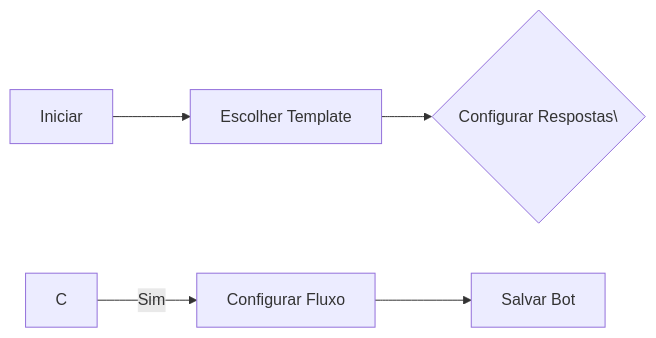
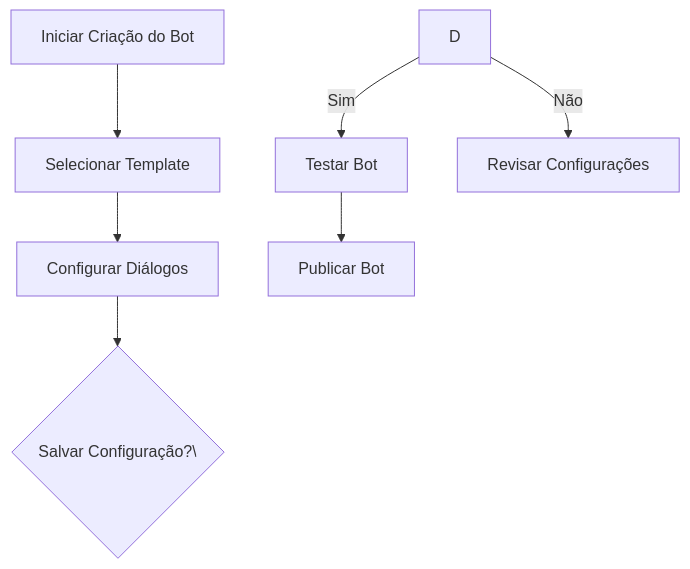
Before and after one commit to Octadesk-Tech/chat-bot-builder-client: the second of 5 diagrams in docs/doc_functional.md, drawn with Mermaid. The commit also changed other lines of this file, not shown here.

````diff
--- a/docs/doc_functional.md
+++ b/docs/doc_functional.md
@@ -10,7 +43,9 @@
 ```mermaid
-graph LR;
-A[Iniciar] --> B[Escolher Template]
-B --> C\{Configurar Respostas\}
-C -->|Sim| D[Configurar Fluxo]
-D --> E[Salvar Bot]
+graph TD;
+A[Iniciar Criação do Bot] --> B[Selecionar Template];
+B --> C[Configurar Diálogos];
+C --> D\{Salvar Configuração?\};
+D -->|Sim| E[Testar Bot];
+E --> G[Publicar Bot];
+D -->|Não| F[Revisar Configurações];
 ```
````
